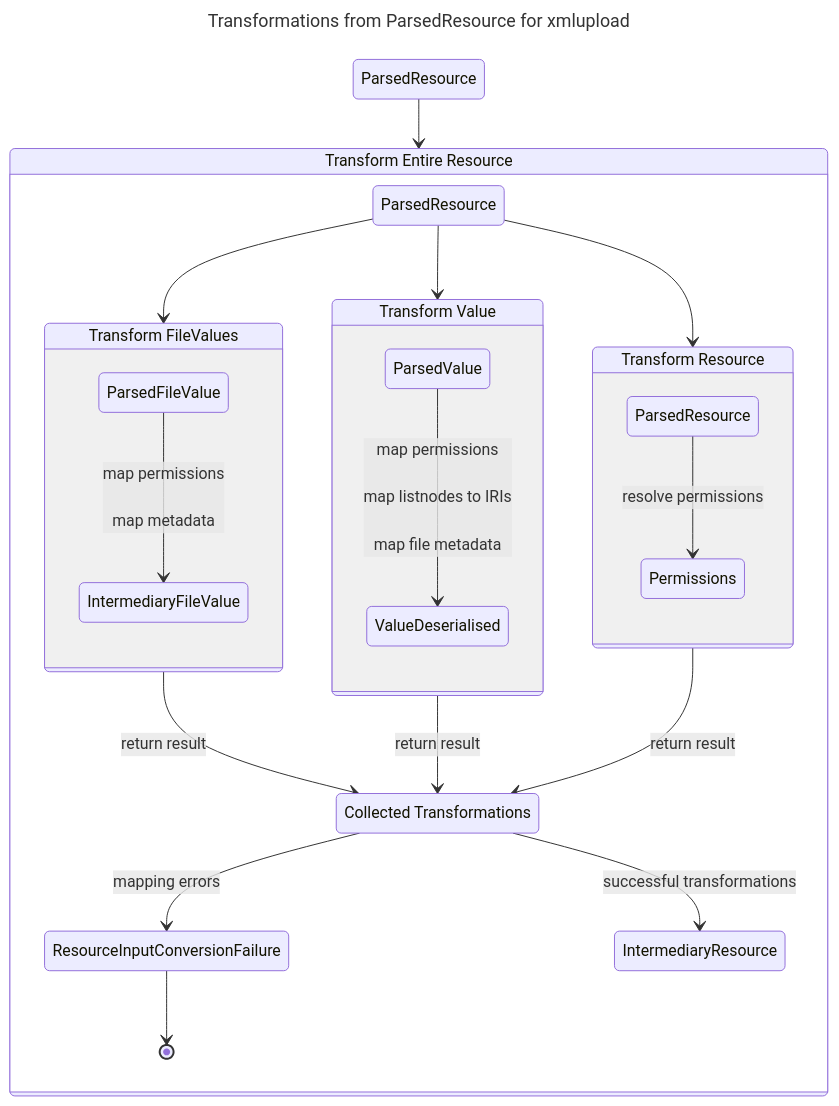
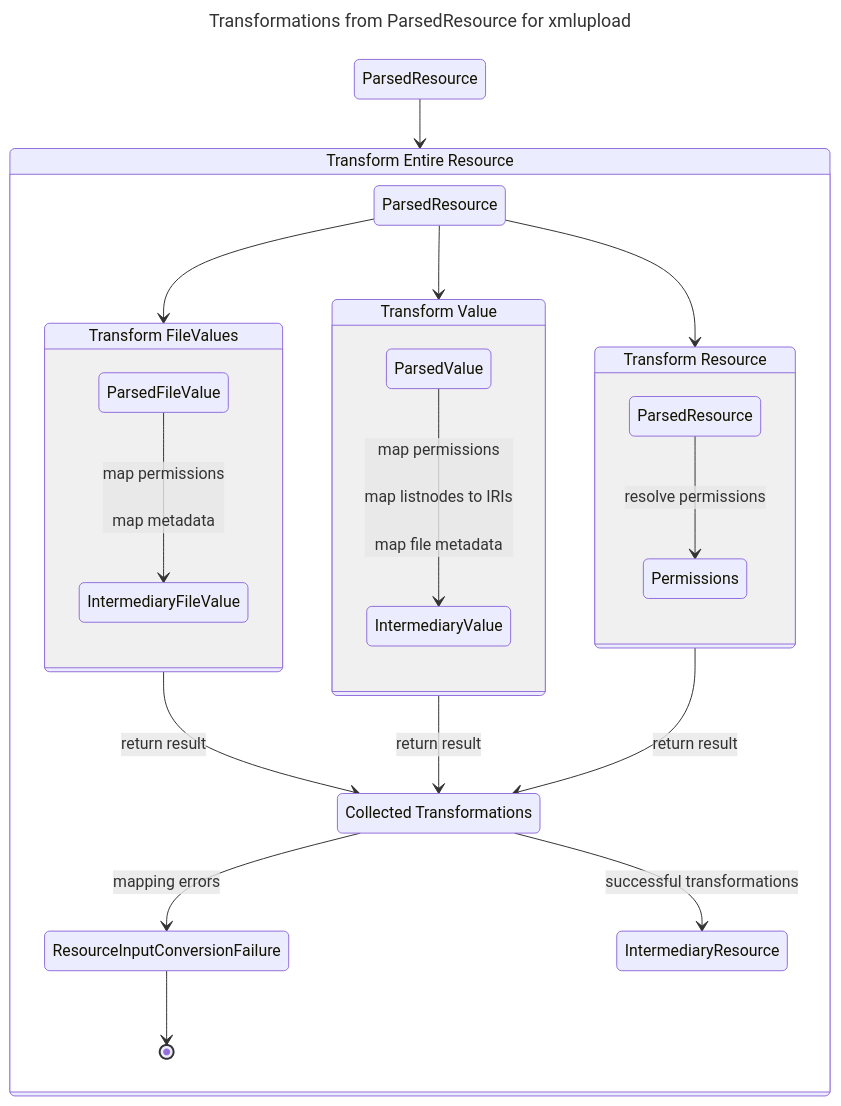
One commit to dasch-swiss/dsp-tools changed the third of 3 diagrams in docs/developers/architecture.md. Above: the diagram before and after it, drawn with Mermaid.

````diff
--- a/docs/developers/architecture.md
+++ b/docs/developers/architecture.md
@@ -106,39 +106,39 @@
 ```mermaid
 ---
 title: Transformations from ParsedResource for xmlupload
 ---
 stateDiagram-v2
 
 state "ParsedResource" as start
 state "Transform Entire Resource" as transformall
 state "Transform Resource" as transformres
 state "Transform Value" as transfomrationval
 state "Transform FileValues" as transformfile
 state "ParsedValue" as parsedval
 state "ParsedResource" as parsedres
-state "ValueDeserialised" as valdes
+state "IntermediaryValue" as valdes
 state "Collected Transformations" as coll
 
 start-->transformall
 
 state transformall {
     parsedres-->transformfile
     parsedres-->transfomrationval
     parsedres-->transformres
     state transformres {
         ParsedResource-->Permissions: resolve permissions
     }
     state transfomrationval {
         parsedval-->valdes: map permissions</br></br>map listnodes to IRIs</br></br>map file metadata
     }
     state transformfile {
         ParsedFileValue-->IntermediaryFileValue: map permissions</br></br>map metadata
     }
     transformfile-->coll: return result
     transfomrationval-->coll: return result
     transformres-->coll: return result
     coll-->ResourceInputConversionFailure: mapping errors
     ResourceInputConversionFailure-->[*]
     coll-->IntermediaryResource: successful transformations
 }
 ```
````
